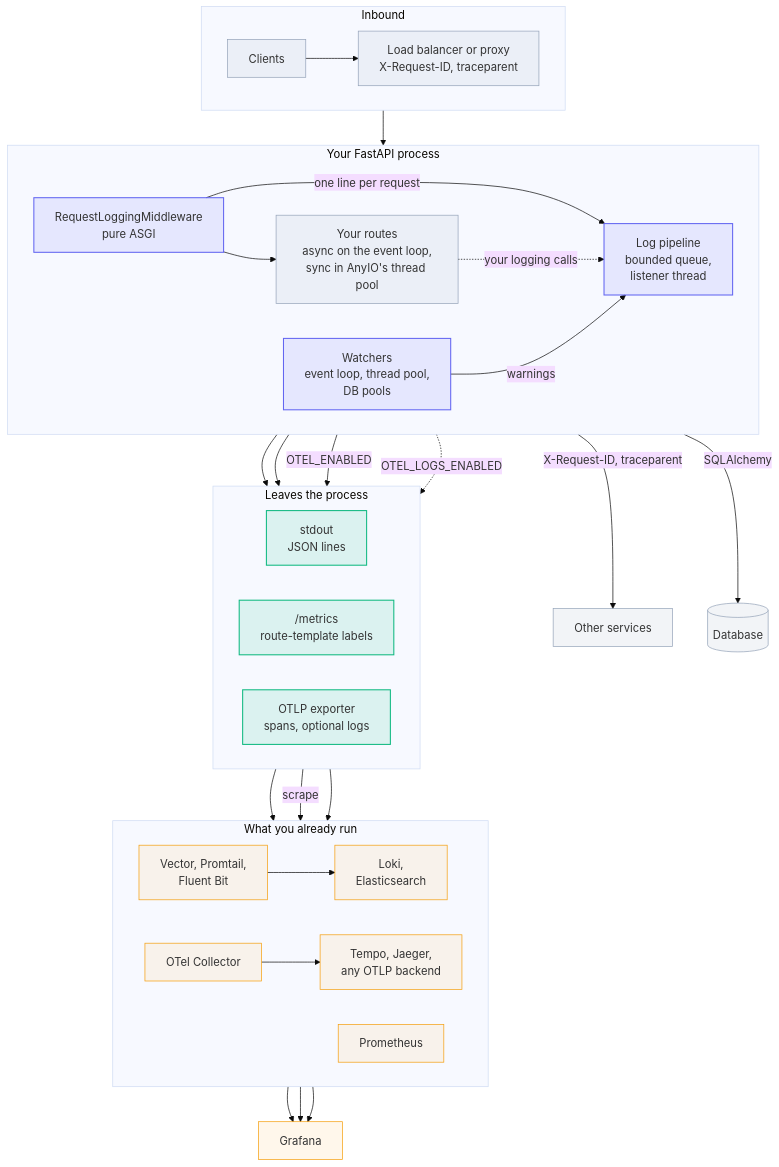
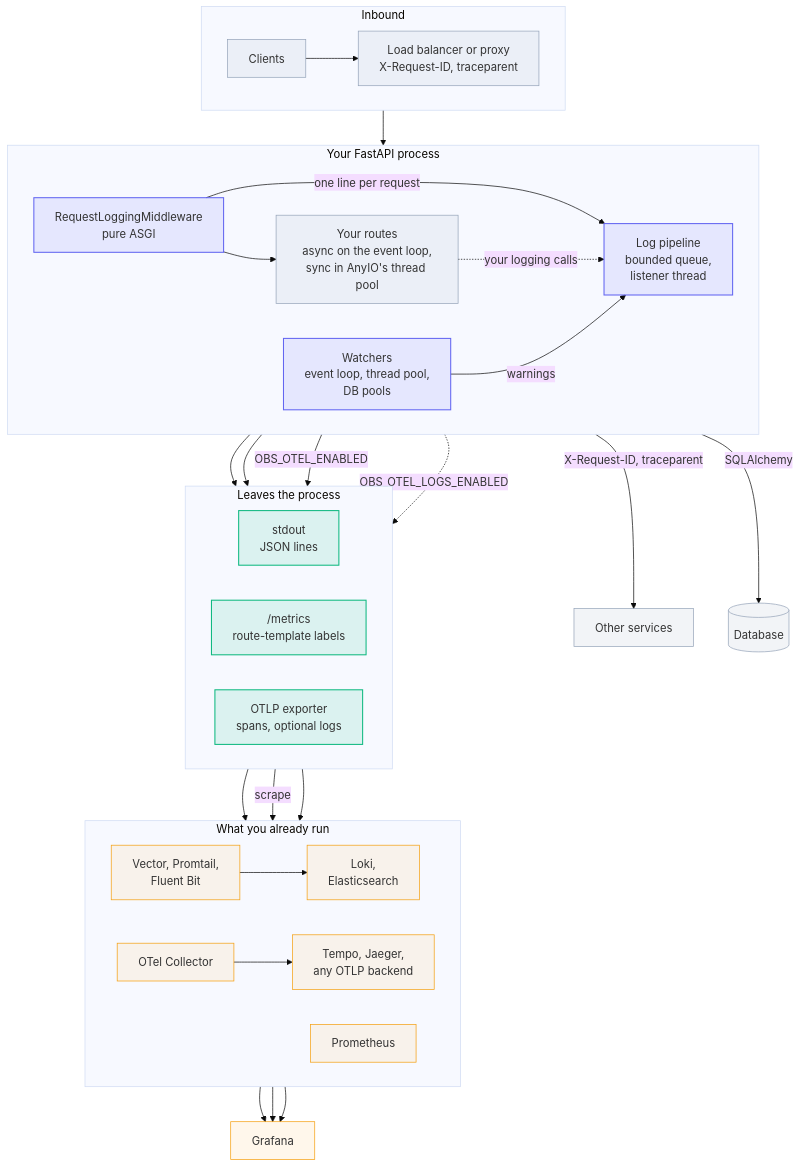
One commit to Vitaee/FastapiObserver changed the first of 4 diagrams in docs/architecture.md. Above: the diagram before and after it, drawn with Mermaid (base theme). The commit also changed other lines of this file and 80 other files, not shown here.

First line of the commit message:
feat!: smaller 2.0 core: OBS_ settings, spec OTEL variables, 27-name API

````diff
--- a/docs/architecture.md
+++ b/docs/architecture.md
@@ -9,54 +9,54 @@
 ```mermaid
 flowchart TB
   subgraph inbound["Inbound"]
     direction LR
     client["Clients"] --> proxy["Load balancer or proxy<br/>X-Request-ID, traceparent"]
   end
 
   subgraph process["Your FastAPI process"]
     direction LR
     mw["RequestLoggingMiddleware<br/>pure ASGI"] --> app["Your routes<br/>async on the event loop,<br/>sync in AnyIO's thread pool"]
     watch["Watchers<br/>event loop, thread pool,<br/>DB pools"]
     logs["Log pipeline<br/>bounded queue,<br/>listener thread"]
     mw -- "one line per request" --> logs
     app -. "your logging calls" .-> logs
     watch -- "warnings" --> logs
   end
 
   subgraph out["Leaves the process"]
     direction LR
     stdout["stdout<br/>JSON lines"]
     metrics["/metrics<br/>route-template labels"]
     otlp["OTLP exporter<br/>spans, optional logs"]
   end
 
   subgraph backends["What you already run"]
     direction LR
     shipper["Vector, Promtail,<br/>Fluent Bit"] --> logstore["Loki,<br/>Elasticsearch"]
     prom["Prometheus"]
     collector["OTel Collector"] --> traces["Tempo, Jaeger,<br/>any OTLP backend"]
   end
 
   proxy --> mw
   app -- "X-Request-ID, traceparent" --> downstream["Other services"]
   app -- "SQLAlchemy" --> db[("Database")]
   logs --> stdout
   mw --> metrics
-  app -- "OTEL_ENABLED" --> otlp
-  logs -. "OTEL_LOGS_ENABLED" .-> otlp
+  app -- "OBS_OTEL_ENABLED" --> otlp
+  logs -. "OBS_OTEL_LOGS_ENABLED" .-> otlp
   stdout --> shipper
   metrics -- "scrape" --> prom
   otlp --> collector
   logstore --> grafana["Grafana"]
   prom --> grafana
   traces --> grafana
 
   classDef lib fill:#6366f11f,stroke:#6366f1,stroke-width:1.5px
   classDef yours fill:#94a3b81f,stroke:#94a3b8
   classDef out fill:#10b9811f,stroke:#10b981,stroke-width:1.5px
   classDef ext fill:#f59e0b14,stroke:#f59e0b
   class mw,watch,logs lib
   class app,client,proxy,downstream,db yours
   class stdout,metrics,otlp out
   class shipper,logstore,prom,collector,traces,grafana ext
 ```
````
